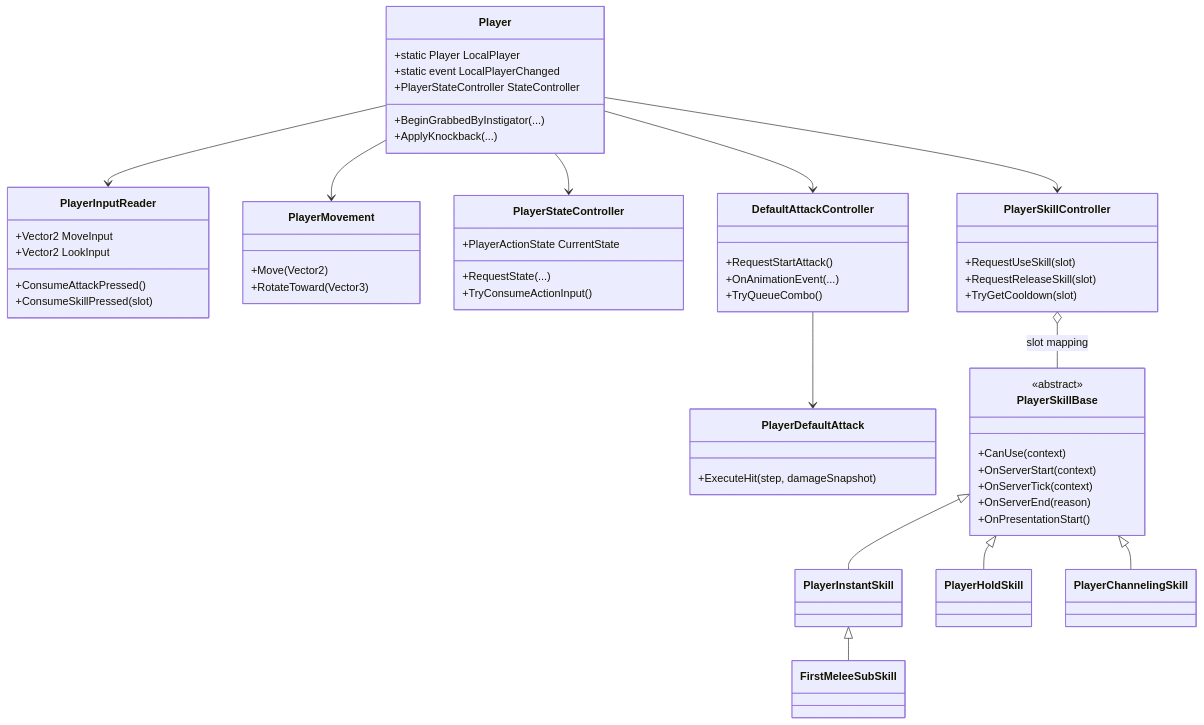
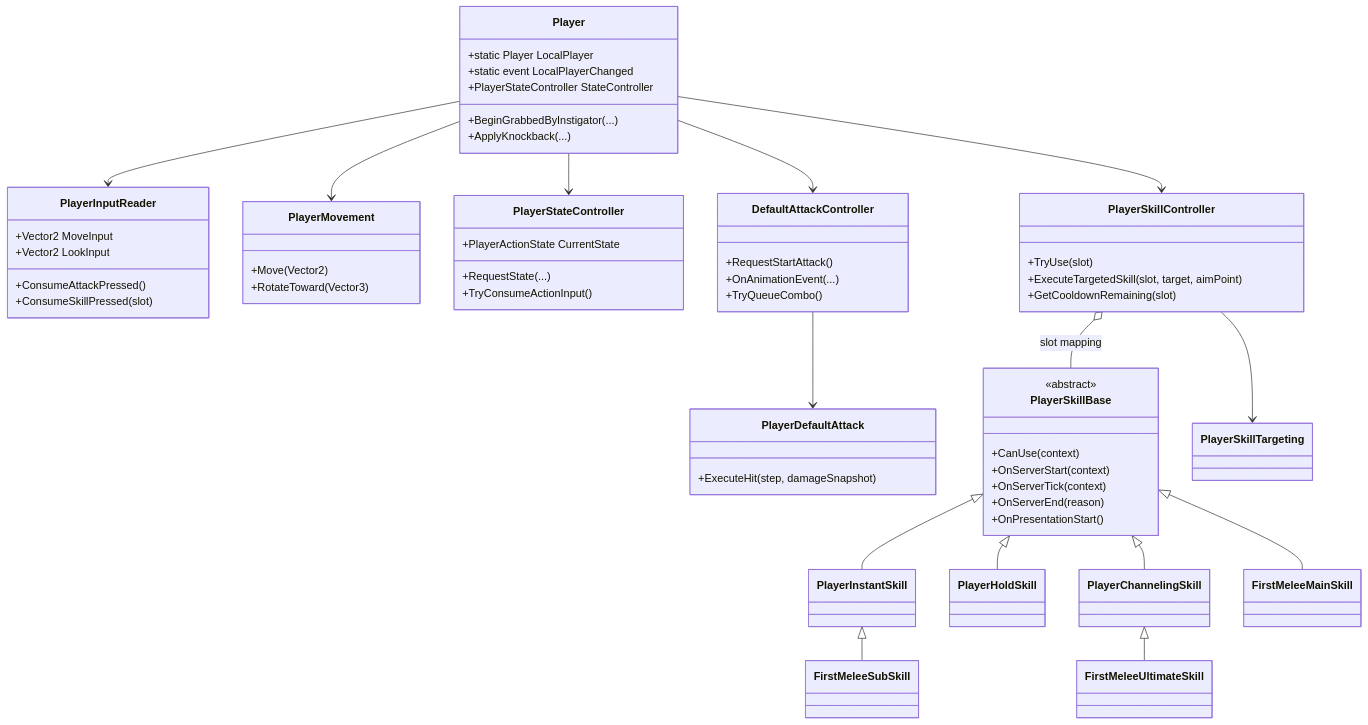
The tenth of 33 diagrams in Docs/tech/game-structure-uml.md (Fujino-Tatsuya/MainProject), drawn with Mermaid before and after one commit. The commit also changed other lines of this file and 20 other files, not shown here.

````diff
--- a/Docs/tech/game-structure-uml.md
+++ b/Docs/tech/game-structure-uml.md
@@ -433,62 +438,68 @@
 ```mermaid
 classDiagram
     class Player {
         +static Player LocalPlayer
         +static event LocalPlayerChanged
         +PlayerStateController StateController
         +BeginGrabbedByInstigator(...)
         +ApplyKnockback(...)
     }
     class PlayerInputReader {
         +Vector2 MoveInput
         +Vector2 LookInput
         +ConsumeAttackPressed()
         +ConsumeSkillPressed(slot)
     }
     class PlayerMovement {
         +Move(Vector2)
         +RotateToward(Vector3)
     }
     class PlayerStateController {
         +PlayerActionState CurrentState
         +RequestState(...)
         +TryConsumeActionInput()
     }
     class DefaultAttackController {
         +RequestStartAttack()
         +OnAnimationEvent(...)
         +TryQueueCombo()
     }
     class PlayerDefaultAttack {
         +ExecuteHit(step, damageSnapshot)
     }
     class PlayerSkillController {
-        +RequestUseSkill(slot)
-        +RequestReleaseSkill(slot)
-        +TryGetCooldown(slot)
+        +TryUse(slot)
+        +ExecuteTargetedSkill(slot, target, aimPoint)
+        +GetCooldownRemaining(slot)
     }
     class PlayerSkillBase {
         <<abstract>>
         +CanUse(context)
         +OnServerStart(context)
         +OnServerTick(context)
         +OnServerEnd(reason)
         +OnPresentationStart()
     }
     class PlayerInstantSkill
     class PlayerHoldSkill
     class PlayerChannelingSkill
+    class FirstMeleeMainSkill
     class FirstMeleeSubSkill
+    class FirstMeleeUltimateSkill
+    class PlayerSkillTargeting
 
     Player --> PlayerInputReader
     Player --> PlayerMovement
     Player --> PlayerStateController
     Player --> DefaultAttackController
     Player --> PlayerSkillController
     DefaultAttackController --> PlayerDefaultAttack
     PlayerSkillController o-- PlayerSkillBase : slot mapping
     PlayerSkillBase <|-- PlayerInstantSkill
     PlayerSkillBase <|-- PlayerHoldSkill
     PlayerSkillBase <|-- PlayerChannelingSkill
+    PlayerSkillBase <|-- FirstMeleeMainSkill
     PlayerInstantSkill <|-- FirstMeleeSubSkill
+    PlayerChannelingSkill <|-- FirstMeleeUltimateSkill
+    PlayerSkillController --> PlayerSkillTargeting
 ```
````
